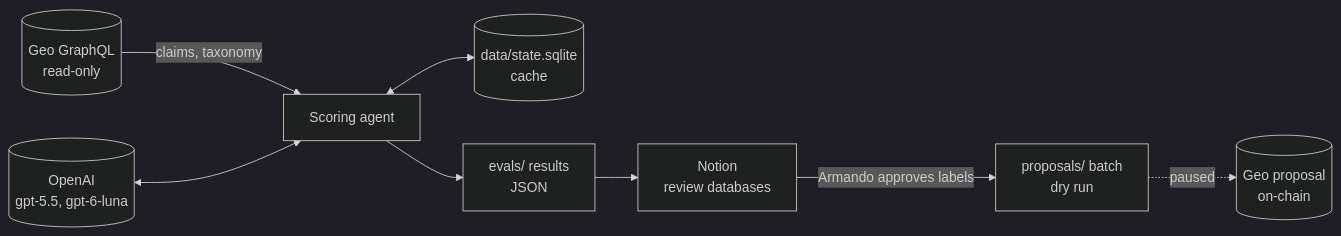
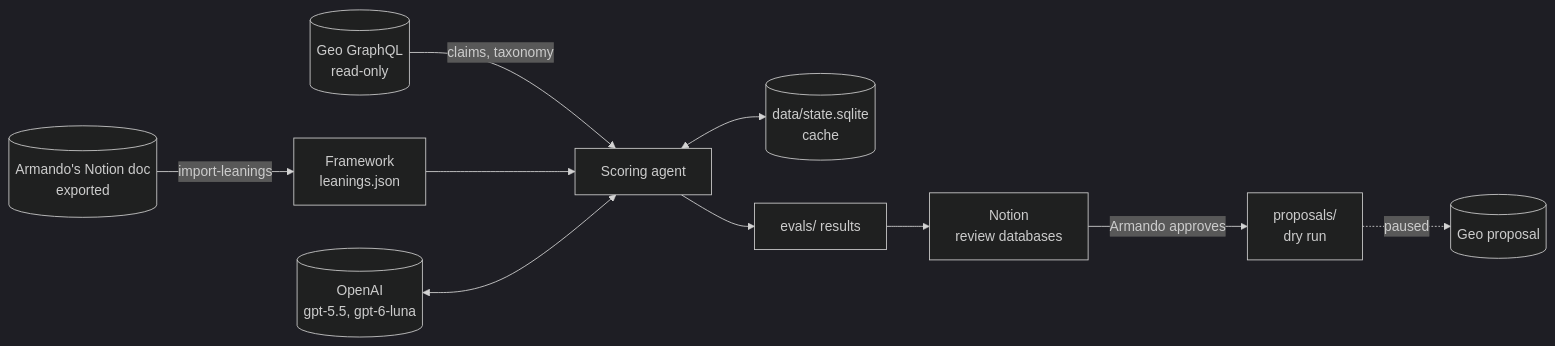
One commit to Himanshujadhav2004/POLARIS changed the second of 2 diagrams in README.md. Above: the diagram before and after it, drawn with Mermaid (dark theme). The commit also changed other lines of this file and 3 other files, not shown here.

First line of the commit message:
v3.0 run-1 results: Armando's examples and the fresh sample; README for v3.0

````diff
--- a/README.md
+++ b/README.md
@@ -243,10 +236,12 @@
 ```mermaid
 flowchart LR
-    G[(Geo GraphQL<br/>read-only)] -->|claims, taxonomy| A[Scoring agent]
-    O[(OpenAI<br/>gpt-5.5, gpt-6-luna)] <--> A
-    A <--> DB[(data/state.sqlite<br/>cache)]
-    A --> E[evals/ results<br/>JSON]
+    A[(Armando's Notion doc<br/>exported)] -->|import-leanings| F[Framework<br/>leanings.json]
+    G[(Geo GraphQL<br/>read-only)] -->|claims, taxonomy| AG[Scoring agent]
+    F --> AG
+    O[(OpenAI<br/>gpt-5.5, gpt-6-luna)] <--> AG
+    AG <--> DB[(data/state.sqlite<br/>cache)]
+    AG --> E[evals/ results]
     E --> N[Notion<br/>review databases]
-    N -->|Armando approves labels| P[proposals/ batch<br/>dry run]
-    P -.->|paused| GW[(Geo proposal<br/>on-chain)]
+    N -->|Armando approves| P[proposals/<br/>dry run]
+    P -.->|paused| GW[(Geo proposal)]
 ```
````
